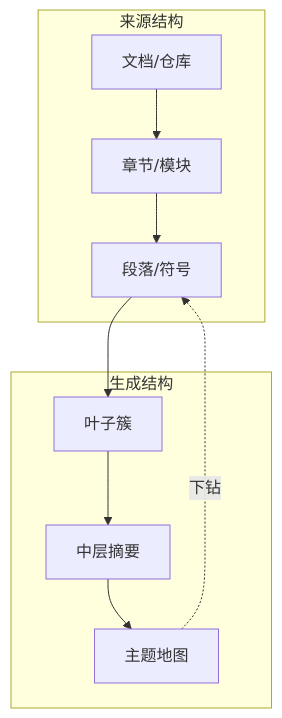
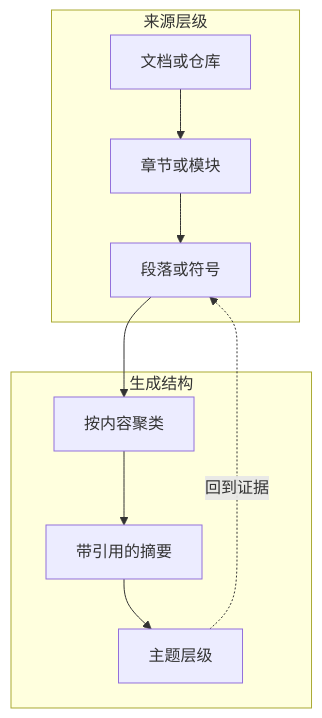
The diagram in book/part-2/chapter-06.md (LENSHOOD/enterprise-context-book), drawn with Mermaid before and after one commit. The commit also changed other lines of this file and 23 other files, not shown here.

````diff
--- a/book/part-2/chapter-06.md
+++ b/book/part-2/chapter-06.md
@@ -19,13 +26,13 @@
 ```mermaid
 flowchart TB
-  subgraph 来源结构
-    D[文档/仓库] --> S[章节/模块]
-    S --> L[段落/符号]
+  subgraph 来源层级
+    D[文档或仓库] --> S[章节或模块]
+    S --> L[段落或符号]
   end
   subgraph 生成结构
-    L --> C[叶子簇]
-    C --> M[中层摘要]
-    M --> T[主题地图]
+    L --> C[按内容聚类]
+    C --> M[带引用的摘要]
+    M --> T[主题层级]
   end
-  T -.下钻.-> L
+  T -.回到证据.-> L
 ```
````
